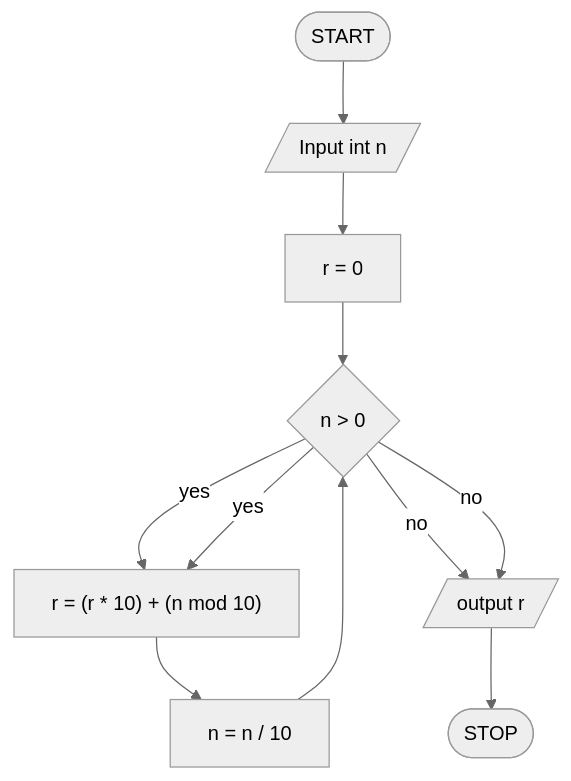
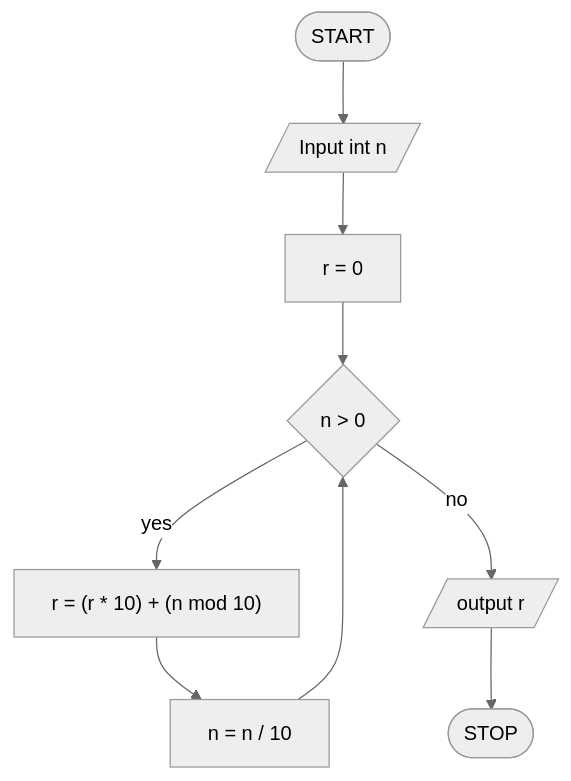
Before and after one commit to retrosnob/mermaid: the fourth of 5 diagrams in index.md, drawn with Mermaid (neutral theme).

```diff
--- a/index.md
+++ b/index.md
@@ -41,20 +41,17 @@
 <div class="mermaid">
 flowchart TD
     Start([START]) 
     Input[/Input int n/]
     InitR[ r = 0 ]
     Decision{ n > 0 }
     CalcR["r = (r * 10) + (n mod 10)"]
     UpdateN[ n = n / 10 ]
     Output[/ output r /]
     Stop([STOP])
 
     %% Flow
     Start --> Input --> InitR --> Decision
-    Decision -->|yes| CalcR --> UpdateN --> Decision
+    Decision -->|yes| CalcR --> UpdateN --> 
     Decision -->|no| Output --> Stop
-
-    %% Labeling the branches
-    Decision -->|no| Output
-    Decision -->|yes| CalcR
+    
 </div>
```
